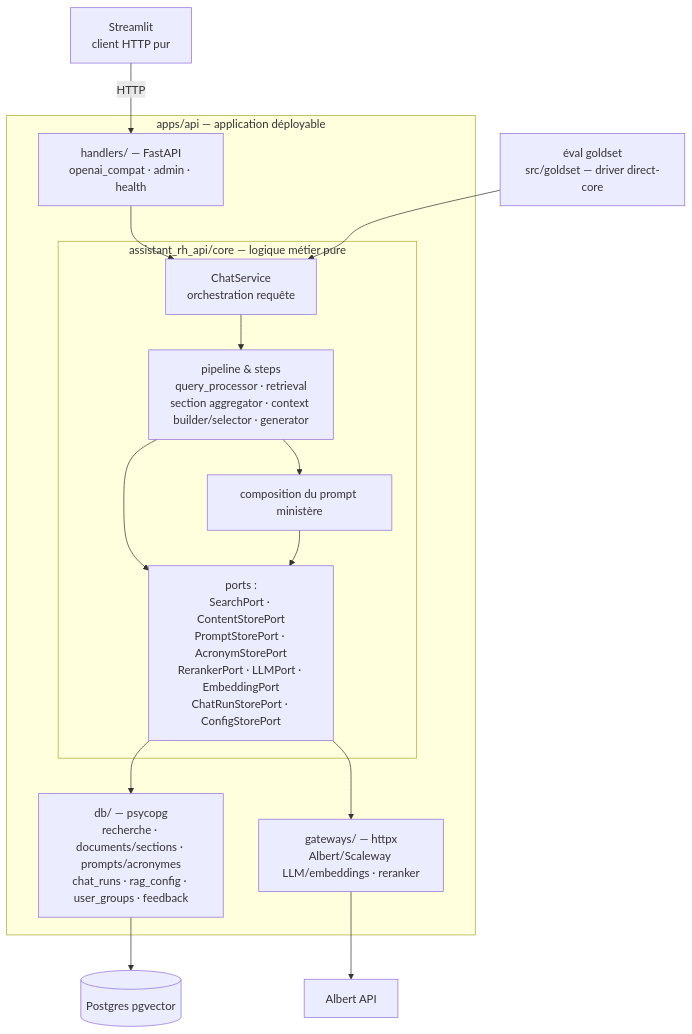
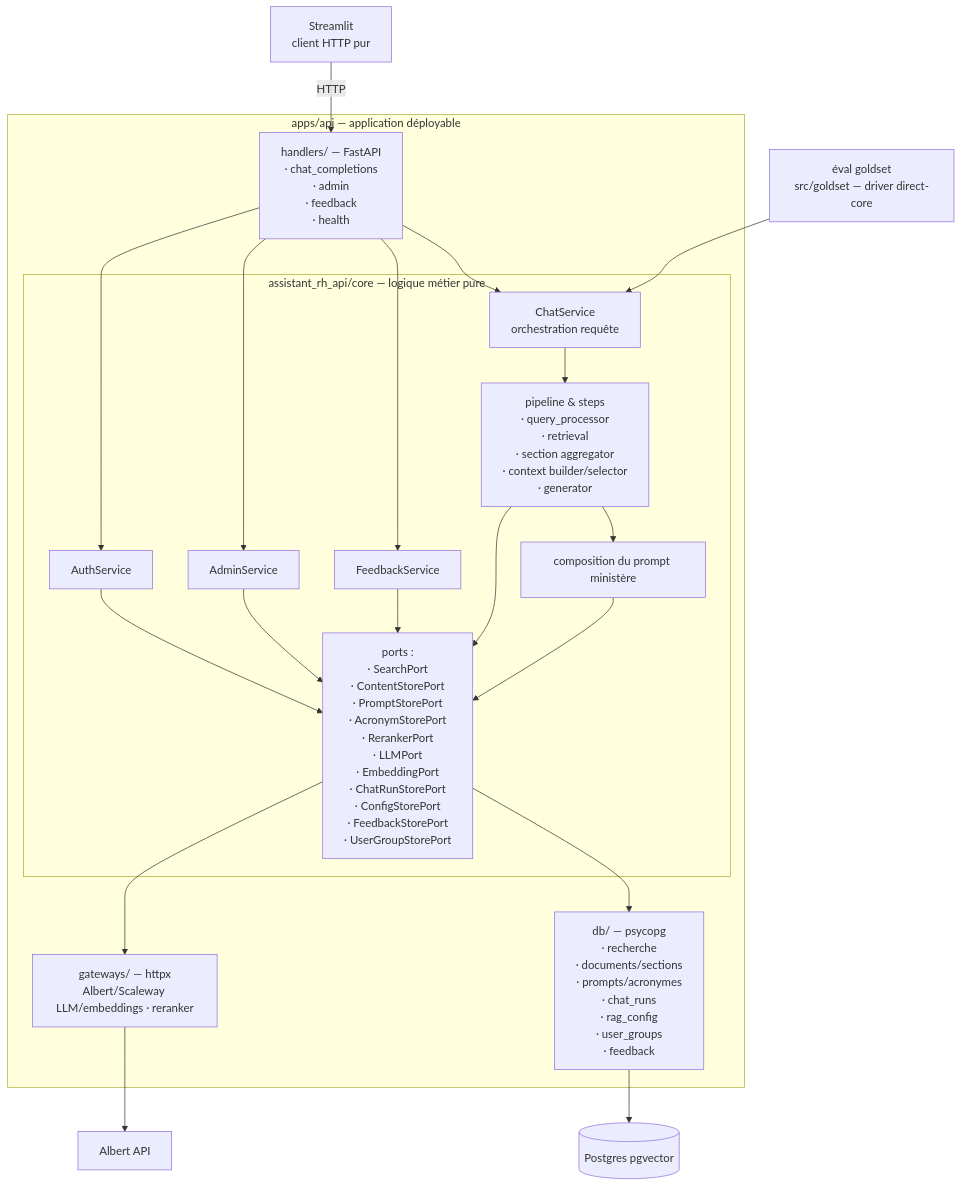
Before and after one commit to DGAFP/assistant-rh: the diagram in docs/architecture/hexagonal-split/01-target-architecture.md, drawn with Mermaid. The commit also changed other lines of this file and 2 other files, not shown here.

````diff
--- a/docs/architecture/hexagonal-split/01-target-architecture.md
+++ b/docs/architecture/hexagonal-split/01-target-architecture.md
@@ -7,31 +7,44 @@
 ```mermaid
 flowchart TB
     ST[Streamlit<br/>client HTTP pur]
     EV[éval goldset<br/>src/goldset — driver direct-core]
 
     subgraph api ["apps/api — application déployable"]
-        H[handlers/ — FastAPI<br/>openai_compat · admin · health]
+        H[handlers/ — FastAPI<br/>· chat_completions <br/> · admin <br/>· feedback <br/> · health]
 
         subgraph core ["assistant_rh_api/core — logique métier pure"]
             CS[ChatService<br/>orchestration requête]
-            P[pipeline & steps<br/>query_processor · retrieval<br/>section aggregator · context builder/selector · generator]
+            P[pipeline & steps<br/>· query_processor <br>· retrieval <br/> · section aggregator  <br/> · context builder/selector <br/> · generator]
             PP[composition du prompt ministère]
-            PO[ports :<br/>SearchPort · ContentStorePort<br/>PromptStorePort · AcronymStorePort<br/>RerankerPort · LLMPort · EmbeddingPort<br/>ChatRunStorePort · ConfigStorePort]
+            PO[ports :<br/>· SearchPort <br/>· ContentStorePort<br/>· PromptStorePort <br/>· AcronymStorePort<br/>· RerankerPort <br/>· LLMPort <br/>· EmbeddingPort<br/>· ChatRunStorePort <br/>· ConfigStorePort<br/>· FeedbackStorePort<br/>· UserGroupStorePort]
+
+
+            FS[FeedbackService]
+
+            AS[AdminService]
+            AU[AuthService]
+
         end
 
-        DB[db/ — psycopg<br/>recherche · documents/sections · prompts/acronymes<br/>chat_runs · rag_config · user_groups · feedback]
+        DB[db/ — psycopg<br/>· recherche <br> · documents/sections <br> · prompts/acronymes<br/> · chat_runs <br> · rag_config <br> · user_groups <br> · feedback]
         GW[gateways/ — httpx<br/>Albert/Scaleway LLM/embeddings · reranker]
     end
 
     ST -->|HTTP| H
     H --> CS
     EV --> CS
     CS --> P
     P --> PP
     P --> PO
     PP --> PO
     PO --> DB
     PO --> GW
     DB --> PG[(Postgres pgvector)]
     GW --> ALB[Albert API]
+    H --> FS
+    FS --> PO
+    H --> AS
+    AS --> PO
+    H --> AU
+    AU --> PO
 ```
````
